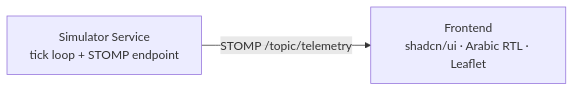
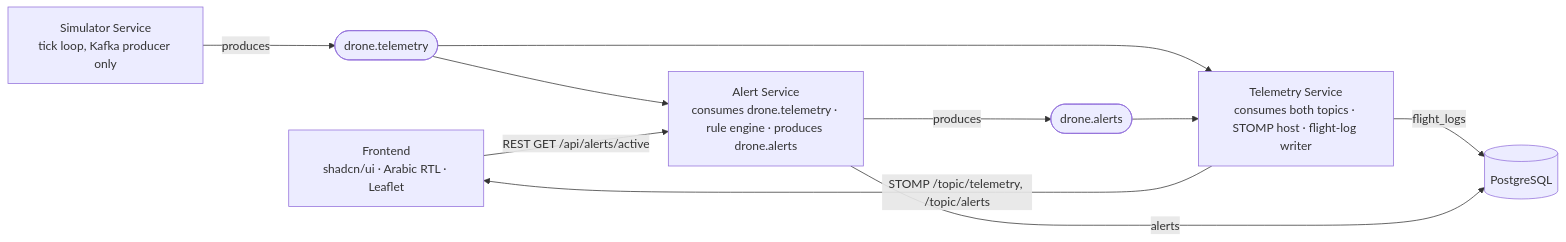
The second of 2 diagrams in docs/architecture.md (Faisal-Althuwaini/Sarb), drawn with Mermaid before and after one commit. The commit also changed other lines of this file and 64 other files, not shown here.

First line of the commit message:
Phase 3: introduce Kafka, split simulator/telemetry/alert services

````diff
--- a/docs/architecture.md
+++ b/docs/architecture.md
@@ -67,4 +67,20 @@
 ```mermaid
 flowchart LR
-  SIM["Simulator Service<br/>tick loop + STOMP endpoint"] -->|"STOMP /topic/telemetry"| FE["Frontend<br/>shadcn/ui · Arabic RTL · Leaflet"]
+  FE["Frontend<br/>shadcn/ui · Arabic RTL · Leaflet"]
+  SIM["Simulator Service<br/>tick loop, Kafka producer only"]
+  T1(["drone.telemetry"])
+  T2(["drone.alerts"])
+  TEL["Telemetry Service<br/>consumes both topics · STOMP host · flight-log writer"]
+  ALERT["Alert Service<br/>consumes drone.telemetry · rule engine · produces drone.alerts"]
+  PG[("PostgreSQL")]
+
+  SIM -->|produces| T1
+  T1 --> TEL
+  T1 --> ALERT
+  ALERT -->|produces| T2
+  T2 --> TEL
+  TEL -->|"STOMP /topic/telemetry, /topic/alerts"| FE
+  FE -->|"REST GET /api/alerts/active"| ALERT
+  TEL -->|flight_logs| PG
+  ALERT -->|alerts| PG
 ```
````
